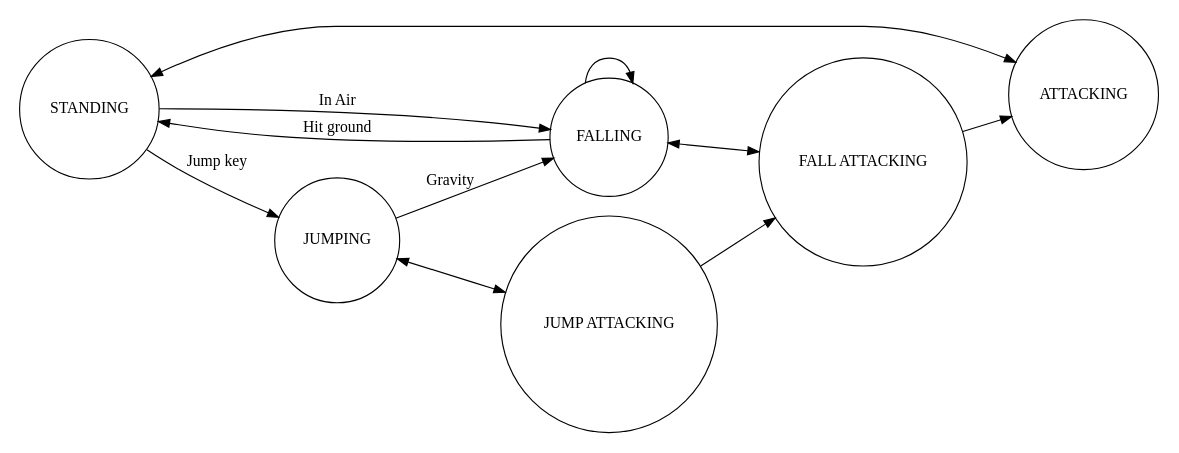
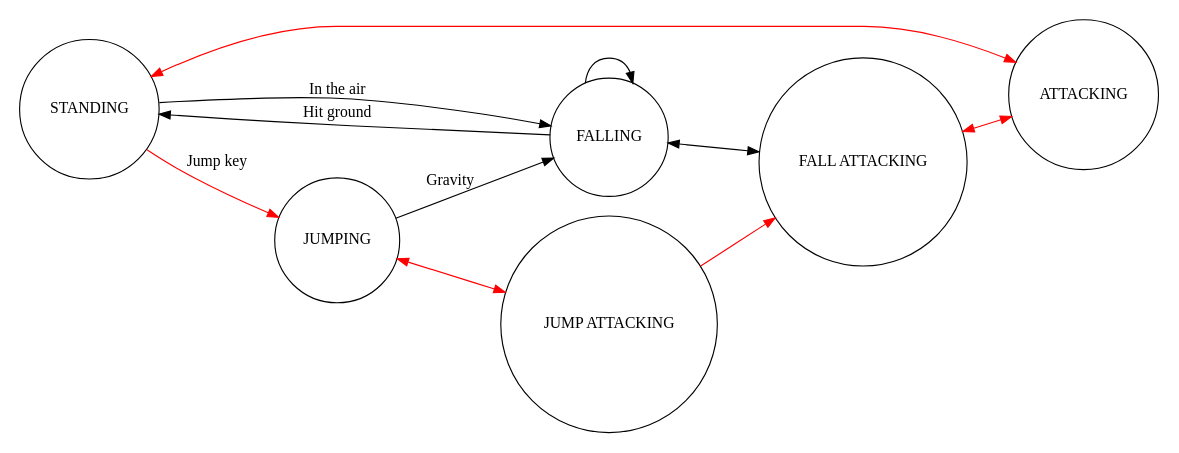
Before and after one commit to dirak/videos: the diagram in statemachine/graphics/good_fsm.gv, drawn with Graphviz. The commit also changed 22 other files, not shown here.

Commit message:
graphics changes

```diff
--- a/statemachine/graphics/good_fsm.gv
+++ b/statemachine/graphics/good_fsm.gv
@@ -1,22 +1,22 @@
 digraph fsm_jumping {
     rankdir=LR;
     size="8,5"
 		splines=true
 		overlap=scalexy;
     node [shape = circle label = "STANDING" ]; S
 		node [shape = circle label = "FALLING"  ]; F
 		node [shape = circle label = "JUMPING"  ]; J
 		node [shape = circle label = "ATTACKING"  ]; A
 		node [shape = circle label = "FALL ATTACKING"  ]; FA
 		node [shape = circle label = "JUMP ATTACKING"  ]; JA
-		S -> J [ label = "Jump key" ]
-		S -> F [ label = "In Air" ]
+		S -> J [ label = "Jump key" color = "red"]
 		F -> S [ label = "Hit ground" ]
+		S -> F [ label = "In the air" ]
 		J -> F [ label = "Gravity" ]
 		F -> F
-		J -> JA [ dir = "both" ]
-		F -> FA [ dir = "both" ]
-		S -> A [ dir = "both" ]
-		FA -> A
-		JA -> FA
+		J -> JA [ dir = "both" color = "red"]
+		F -> FA [ dir = "both"  ]
+		S -> A [ dir = "both"  color = "red"]
+		FA -> A [ dir = "both" color = "red"]
+		JA -> FA [color = "red"]
 }
```
